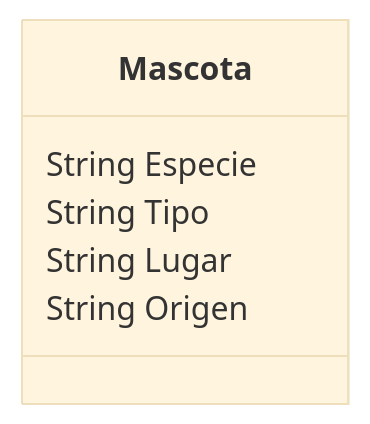
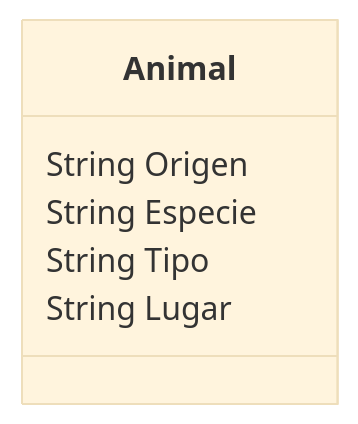
The diagram in retos_sesion_02/ejercicio_01.md (anahicabreracalisaya2/psg-oop-2025), drawn with Mermaid (base theme) before and after one commit. The commit also changed other lines of this file and 17 other files, not shown here.

````diff
--- a/retos_sesion_02/ejercicio_01.md
+++ b/retos_sesion_02/ejercicio_01.md
@@ -29,10 +30,9 @@
 ```mermaid	
 classDiagram
-    class Mascota {
-        
+    class Animal {
+        String Origen
         String Especie
         String Tipo
         String Lugar
-        String Origen
     }
 ```
````
